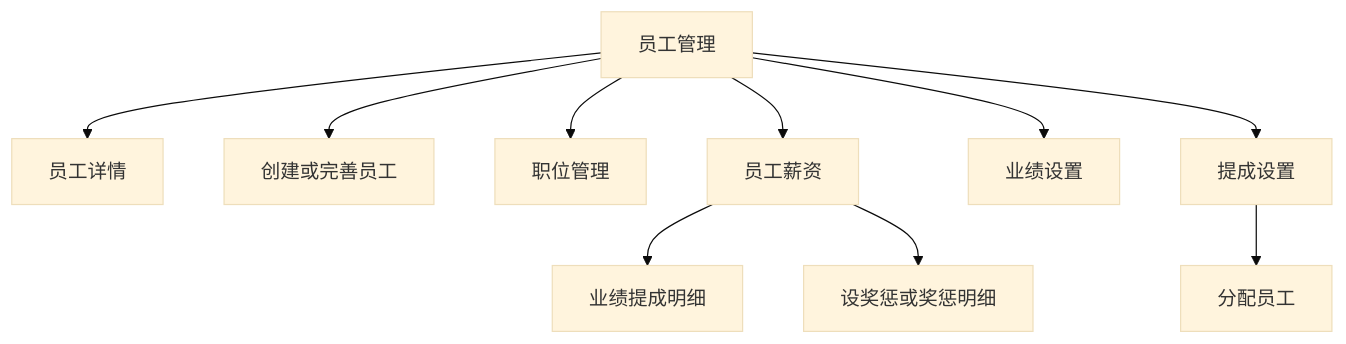
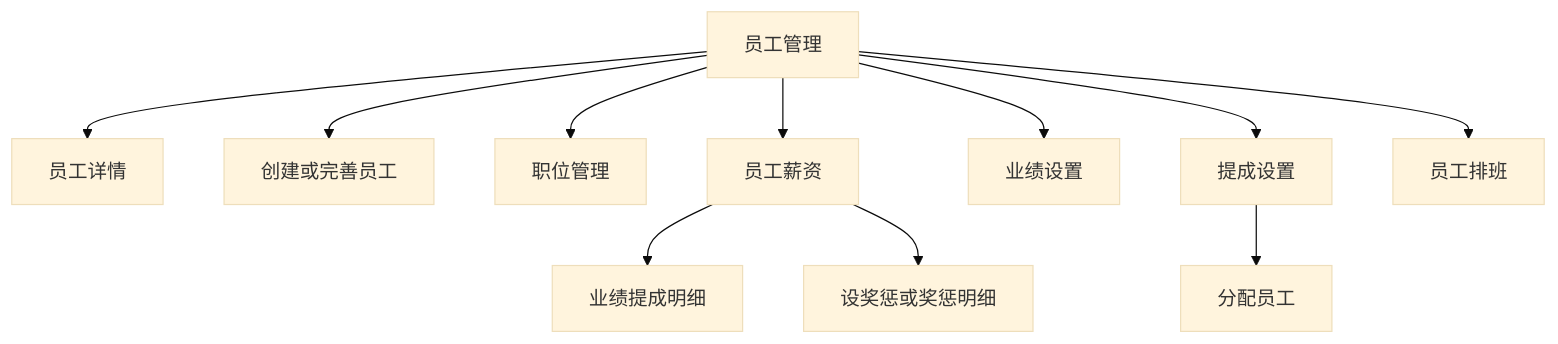
The eighth of 10 diagrams in RTB产品计划概览.md (XDean-Designer/card), drawn with Mermaid (base theme) before and after one commit. The commit also changed other lines of this file and 2 other files, not shown here.

````diff
--- a/RTB产品计划概览.md
+++ b/RTB产品计划概览.md
@@ -382,13 +380,14 @@
 ```mermaid
 flowchart TD
   list[员工管理]
   list --> detail[员工详情]
   list --> create[创建或完善员工]
   list --> roles[职位管理]
   list --> salary[员工薪资]
   salary --> commDetail[业绩提成明细]
   salary --> reward[设奖惩或奖惩明细]
   list --> ach[业绩设置]
   list --> scheme[提成设置]
   scheme --> assign[分配员工]
+  list --> schedule[员工排班]
 ```
````
